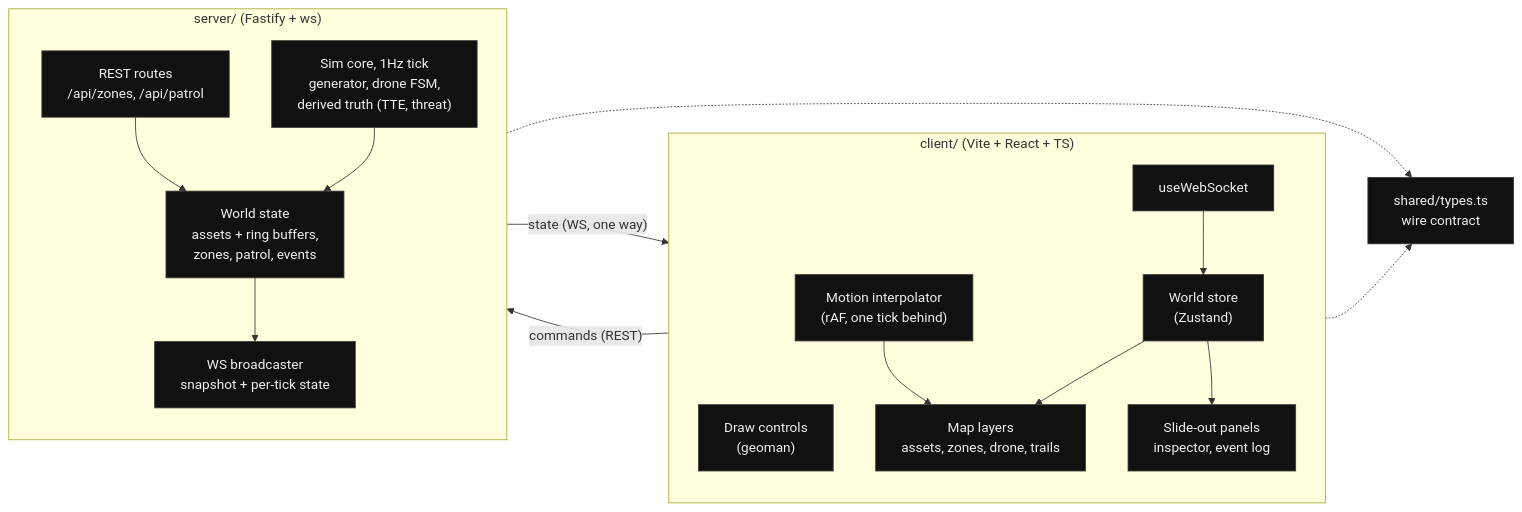
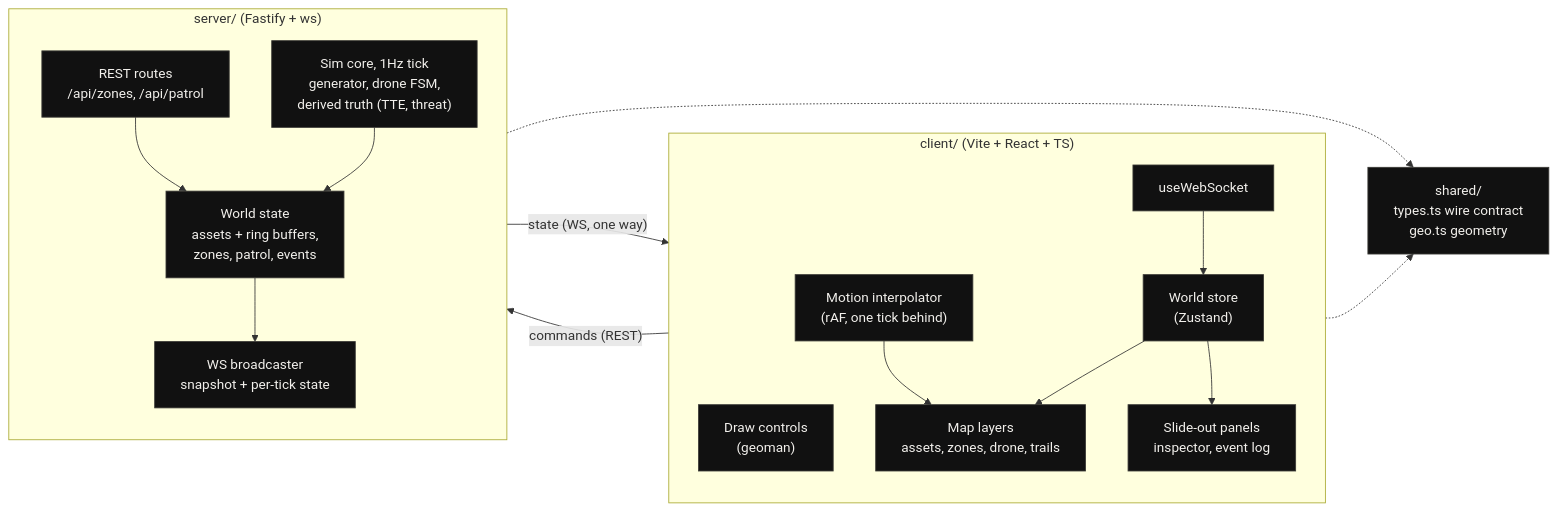
One commit to ayfor/sentinel changed the second of 2 diagrams in README.md. Above: the diagram before and after it, drawn with Mermaid. The commit also changed 11 other files, not shown here.

````diff
--- a/README.md
+++ b/README.md
@@ -100,37 +100,37 @@
 ```mermaid
 flowchart LR
     subgraph CLIENT["client/ (Vite + React + TS)"]
         direction TB
         GEO["Draw controls<br/>(geoman)"]
         WS_HOOK["useWebSocket"]
         STORE["World store<br/>(Zustand)"]
         MOTION["Motion interpolator<br/>(rAF, one tick behind)"]
         LAYERS["Map layers<br/>assets, zones, drone, trails"]
         PANELS["Slide-out panels<br/>inspector, event log"]
         WS_HOOK --> STORE
         STORE --> LAYERS
         STORE --> PANELS
         MOTION --> LAYERS
     end
 
     subgraph SERVER["server/ (Fastify + ws)"]
         direction TB
         REST["REST routes<br/>/api/zones, /api/patrol"]
         SIM["Sim core, 1Hz tick<br/>generator, drone FSM,<br/>derived truth (TTE, threat)"]
         WORLD["World state<br/>assets + ring buffers,<br/>zones, patrol, events"]
         CAST["WS broadcaster<br/>snapshot + per-tick state"]
         REST --> WORLD
         SIM --> WORLD
         WORLD --> CAST
     end
 
-    TYPES["shared/types.ts<br/>wire contract"]
+    TYPES["shared/<br/>types.ts wire contract<br/>geo.ts geometry"]
 
     GEO -->|"commands (REST)"| REST
     CAST -->|"state (WS, one way)"| WS_HOOK
     CLIENT -.-> TYPES
     SERVER -.-> TYPES
 
     classDef comp fill:#111,stroke:#3b3a36,stroke-width:1px,color:#f2f0ec
     class GEO,WS_HOOK,STORE,MOTION,LAYERS,PANELS,REST,SIM,WORLD,CAST,TYPES comp
 ```
````
